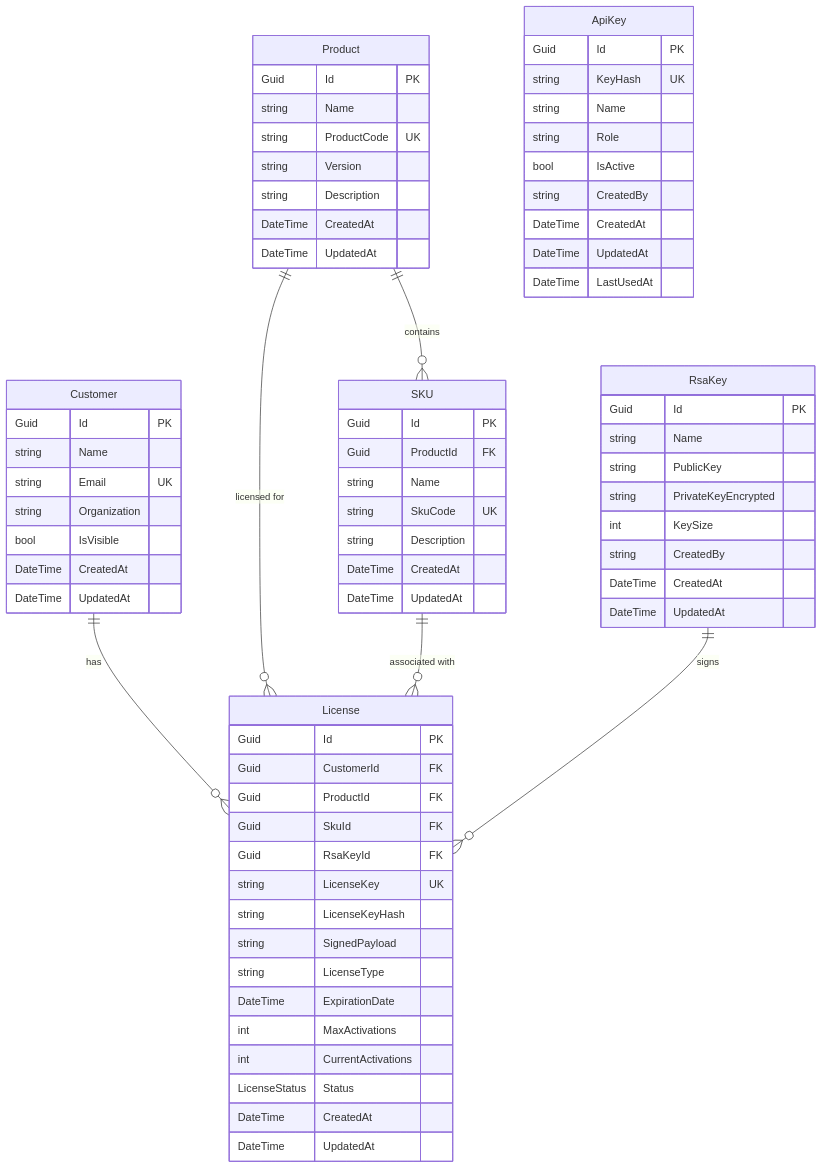
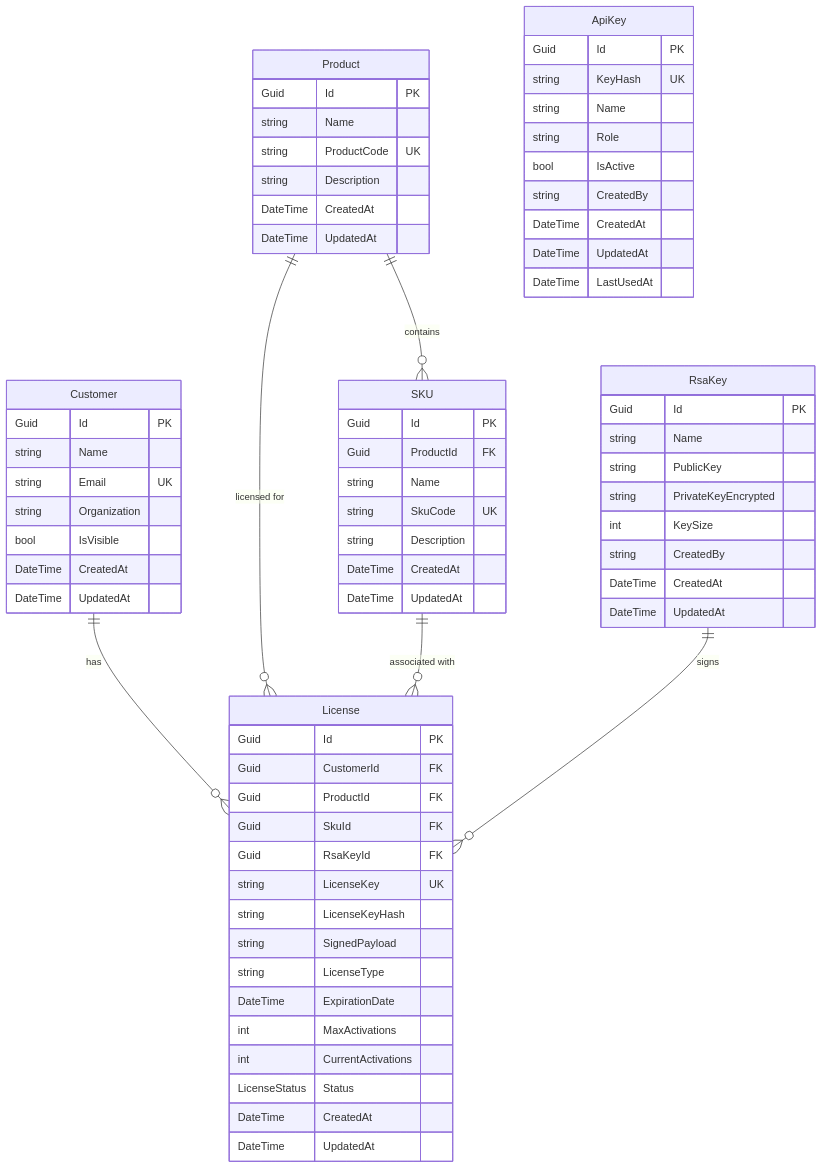
One commit to brooksyott/licensing_app_kiro changed the second of 2 diagrams in docs/architecture/design.md. Above: the diagram before and after it, drawn with Mermaid. The commit also changed 60 other files, not shown here.

````diff
--- a/docs/architecture/design.md
+++ b/docs/architecture/design.md
@@ -184,79 +184,78 @@
 ```mermaid
 erDiagram
     Customer ||--o{ License : "has"
     Product ||--o{ SKU : "contains"
     Product ||--o{ License : "licensed for"
     SKU ||--o{ License : "associated with"
     RsaKey ||--o{ License : "signs"
     
     Customer {
         Guid Id PK
         string Name
         string Email UK
         string Organization
         bool IsVisible
         DateTime CreatedAt
         DateTime UpdatedAt
     }
     
     Product {
         Guid Id PK
         string Name
         string ProductCode UK
-        string Version
         string Description
         DateTime CreatedAt
         DateTime UpdatedAt
     }
     
     SKU {
         Guid Id PK
         Guid ProductId FK
         string Name
         string SkuCode UK
         string Description
         DateTime CreatedAt
         DateTime UpdatedAt
     }
     
     License {
         Guid Id PK
         Guid CustomerId FK
         Guid ProductId FK
         Guid SkuId FK
         Guid RsaKeyId FK
         string LicenseKey UK
         string LicenseKeyHash
         string SignedPayload
         string LicenseType
         DateTime ExpirationDate
         int MaxActivations
         int CurrentActivations
         LicenseStatus Status
         DateTime CreatedAt
         DateTime UpdatedAt
     }
     
     RsaKey {
         Guid Id PK
         string Name
         string PublicKey
         string PrivateKeyEncrypted
         int KeySize
         string CreatedBy
         DateTime CreatedAt
         DateTime UpdatedAt
     }
     
     ApiKey {
         Guid Id PK
         string KeyHash UK
         string Name
         string Role
         bool IsActive
         string CreatedBy
         DateTime CreatedAt
         DateTime UpdatedAt
         DateTime LastUsedAt
     }
 ```
````
